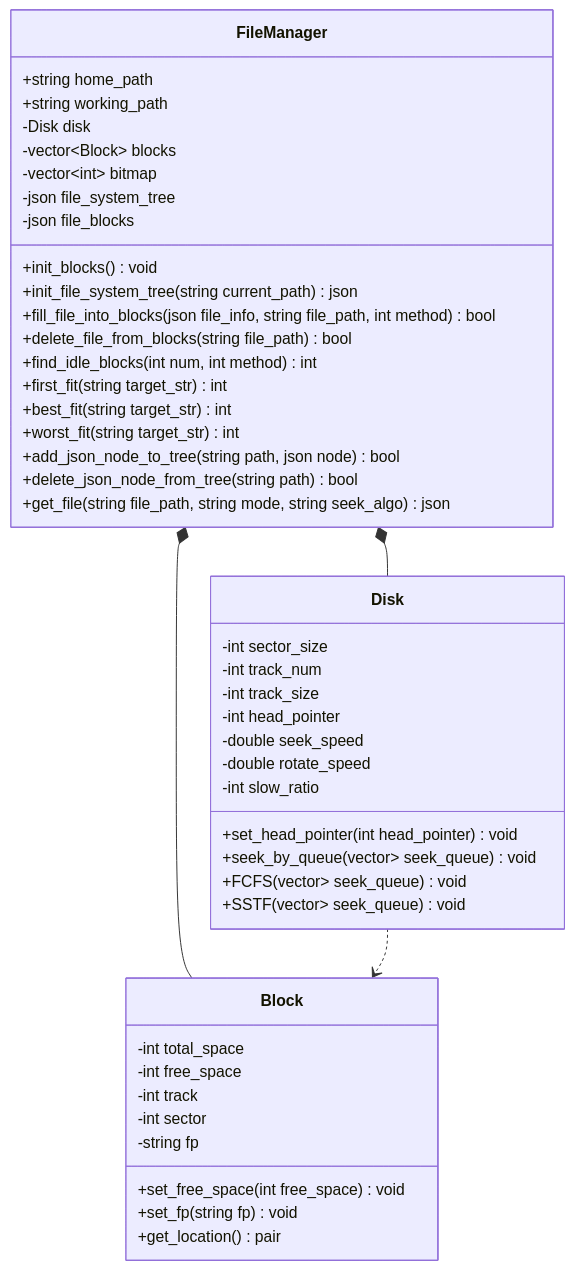
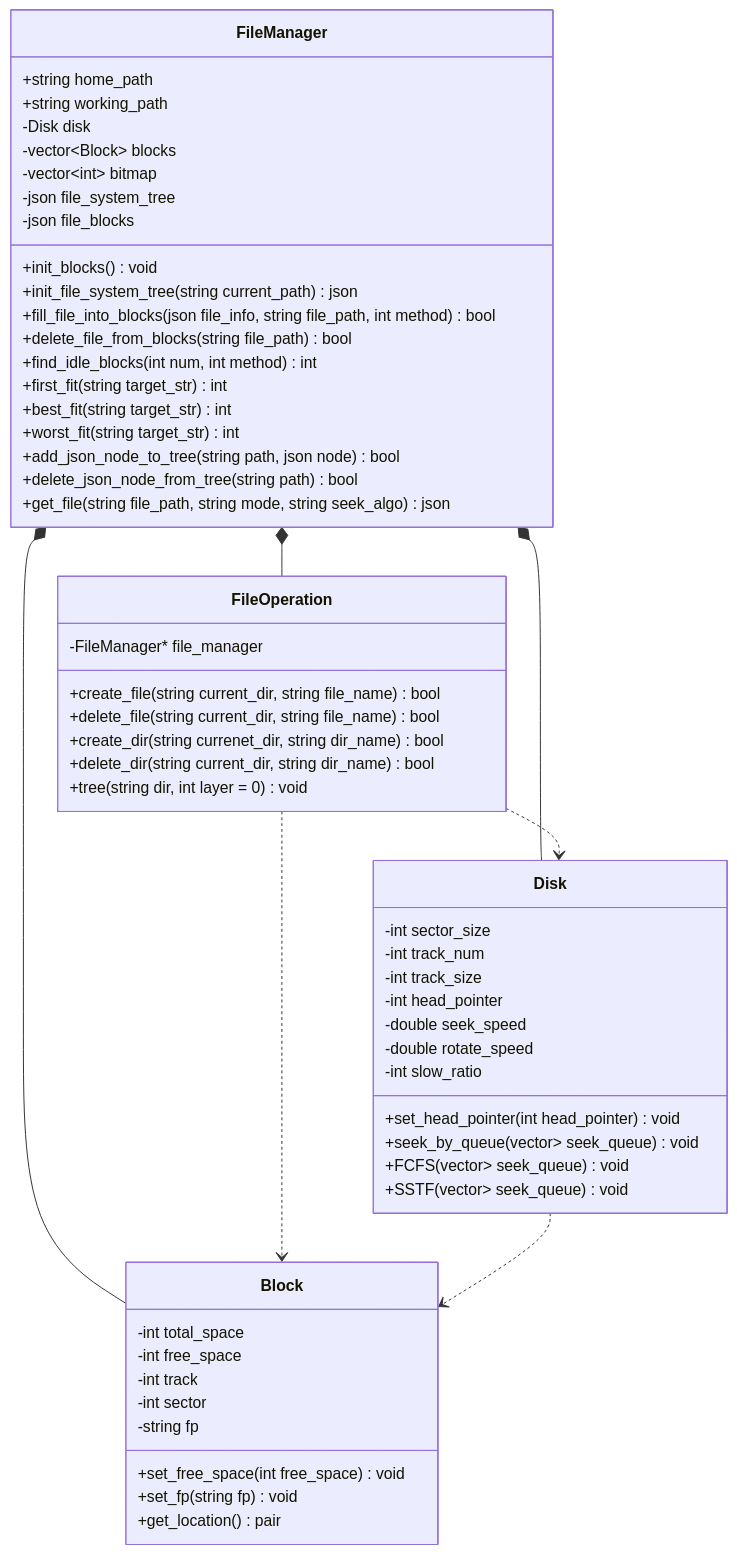
The third of 3 diagrams in README.md (MsunM-cell/Operating-System), drawn with Mermaid before and after one commit.

Commit message:
add: FileOperation class diagram

````diff
--- a/README.md
+++ b/README.md
@@ -92,55 +92,69 @@
 ```mermaid
 classDiagram
 class FileManager {
     +string home_path
     +string working_path
     -Disk disk
     -vector~Block~ blocks
     -vector~int~ bitmap
     -json file_system_tree
     -json file_blocks
 
     +init_blocks() void
     +init_file_system_tree(string current_path) json
     +fill_file_into_blocks(json file_info, string file_path, int method) bool
     +delete_file_from_blocks(string file_path) bool
     +find_idle_blocks(int num, int method) int
     +first_fit(string target_str) int
     +best_fit(string target_str) int
     +worst_fit(string target_str) int
     +add_json_node_to_tree(string path, json node) bool
     +delete_json_node_from_tree(string path) bool
     +get_file(string file_path, string mode, string seek_algo) json
+}
+
+class FileOperation {
+    -FileManager* file_manager
+
+    +create_file(string current_dir, string file_name) bool
+    +delete_file(string current_dir, string file_name) bool
+    +create_dir(string currenet_dir, string dir_name) bool
+    +delete_dir(string current_dir, string dir_name) bool
+    +tree(string dir, int layer = 0) void
 }
 
 class Block {
     -int total_space
     -int free_space
     -int track
     -int sector
     -string fp
 
     +set_free_space(int free_space) void
     +set_fp(string fp) void
     +get_location() pair<int, int>
 }
 
 class Disk {
     -int sector_size
     -int track_num
     -int track_size
     -int head_pointer
     -double seek_speed
     -double rotate_speed
     -int slow_ratio
 
     +set_head_pointer(int head_pointer) void
     +seek_by_queue(vector<pair<int, int>> seek_queue) void
     +FCFS(vector<pair<int, int>> seek_queue) void
     +SSTF(vector<pair<int, int>> seek_queue) void
 }
 
 FileManager *-- Disk
 FileManager *-- Block
+FileManager *-- FileOperation
+FileOperation ..> Disk
+FileOperation ..> Block
 Disk ..> Block
+
 ```
````
